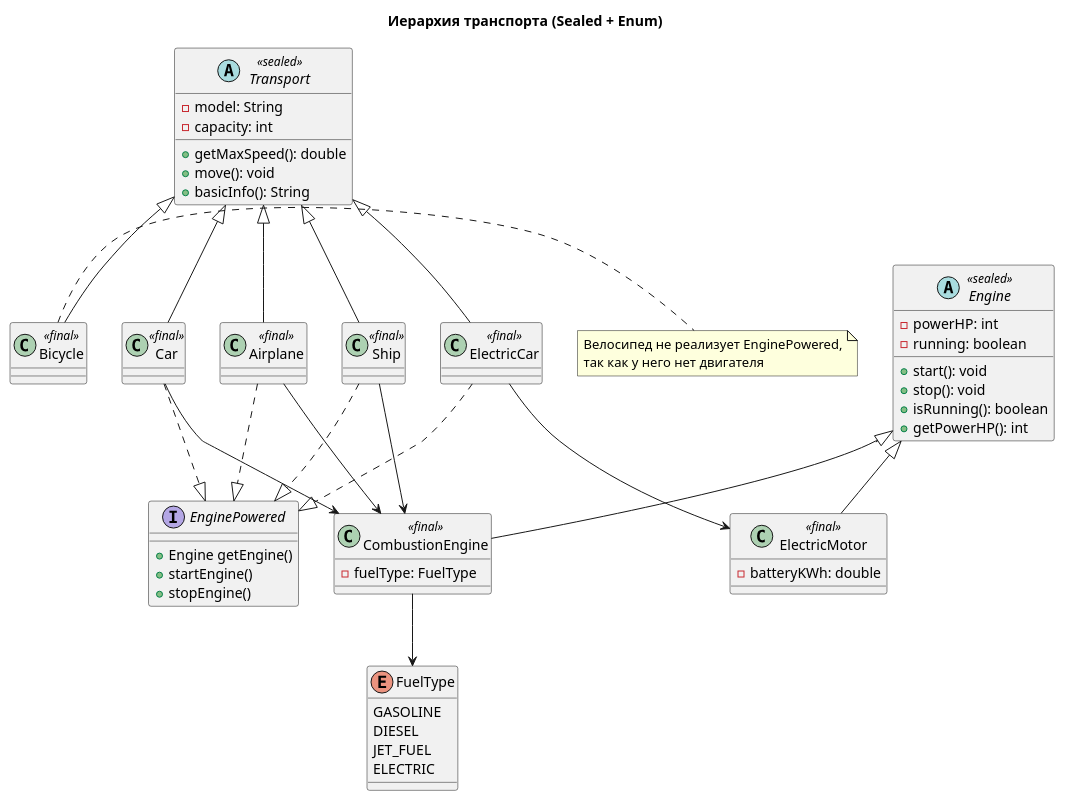
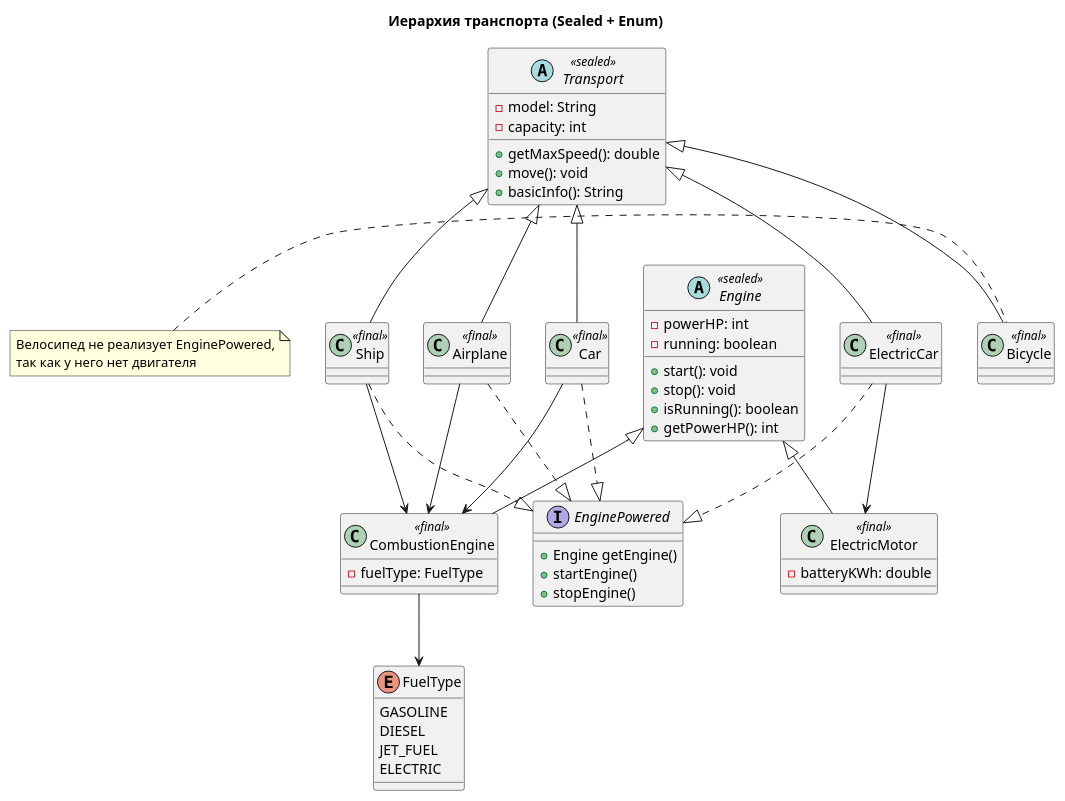
The diagram in 1.2 Системы контроля версий. Продвинутое ООП/transport_uml.puml (qvazae/Learn_JavaBackendDeveloper), drawn with PlantUML before and after one commit.

Commit message:
Внесены небольшие изменения

```diff
--- a/1.2 Системы контроля версий. Продвинутое ООП/transport_uml.puml
+++ b/1.2 Системы контроля версий. Продвинутое ООП/transport_uml.puml
@@ -1,73 +1,73 @@
 @startuml
 title Иерархия транспорта (Sealed + Enum)
 
 interface EnginePowered {
   +Engine getEngine()
   +startEngine()
   +stopEngine()
 }
 
 enum FuelType {
   GASOLINE
   DIESEL
   JET_FUEL
   ELECTRIC
 }
 
 abstract class Transport <<sealed>> {
   - model: String
   - capacity: int
   + getMaxSpeed(): double
   + move(): void
   + basicInfo(): String
 }
 
 abstract class Engine <<sealed>> {
   - powerHP: int
   - running: boolean
   + start(): void
   + stop(): void
   + isRunning(): boolean
   + getPowerHP(): int
 }
 
 class CombustionEngine <<final>> {
   - fuelType: FuelType
 }
 
 class ElectricMotor <<final>> {
   - batteryKWh: double
 }
 
 class Car <<final>>
 class ElectricCar <<final>>
 class Airplane <<final>>
 class Ship <<final>>
 class Bicycle <<final>>
 
 Transport <|-- Car
 Transport <|-- ElectricCar
 Transport <|-- Airplane
 Transport <|-- Ship
 Transport <|-- Bicycle
 
 Engine <|-- CombustionEngine
 Engine <|-- ElectricMotor
 
 CombustionEngine --> FuelType
 Car ..|> EnginePowered
 ElectricCar ..|> EnginePowered
 Airplane ..|> EnginePowered
 Ship ..|> EnginePowered
 
 Car --> CombustionEngine
 ElectricCar --> ElectricMotor
 Airplane --> CombustionEngine
 Ship --> CombustionEngine
 
-note right of Bicycle
+note left of Bicycle
   Велосипед не реализует EnginePowered,
   так как у него нет двигателя
 end note
 
 @enduml
```
